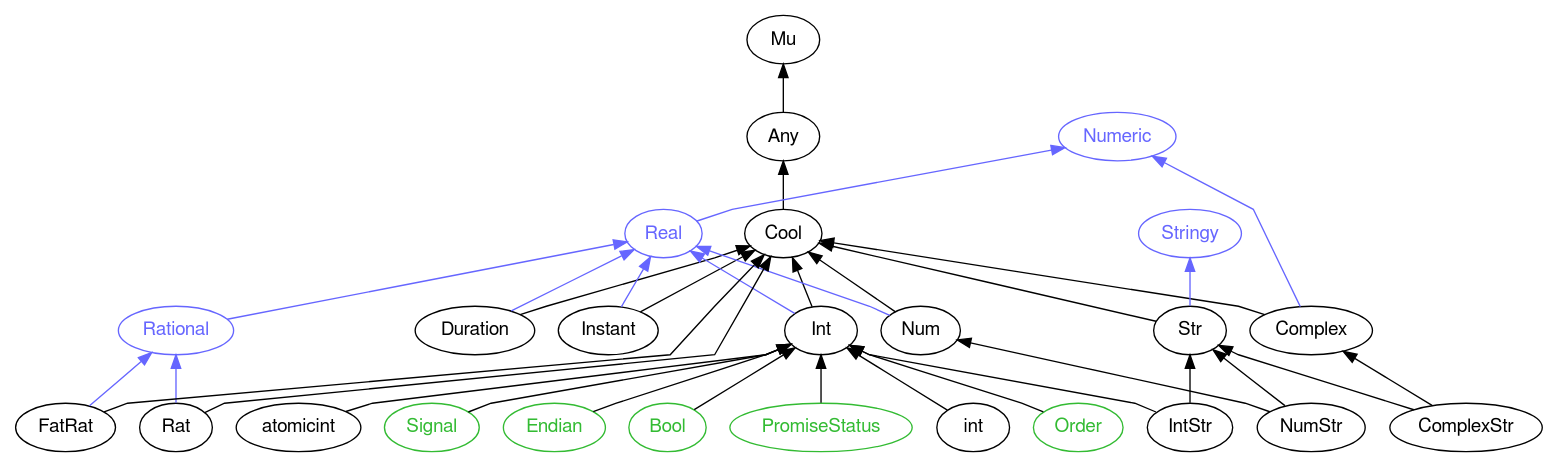
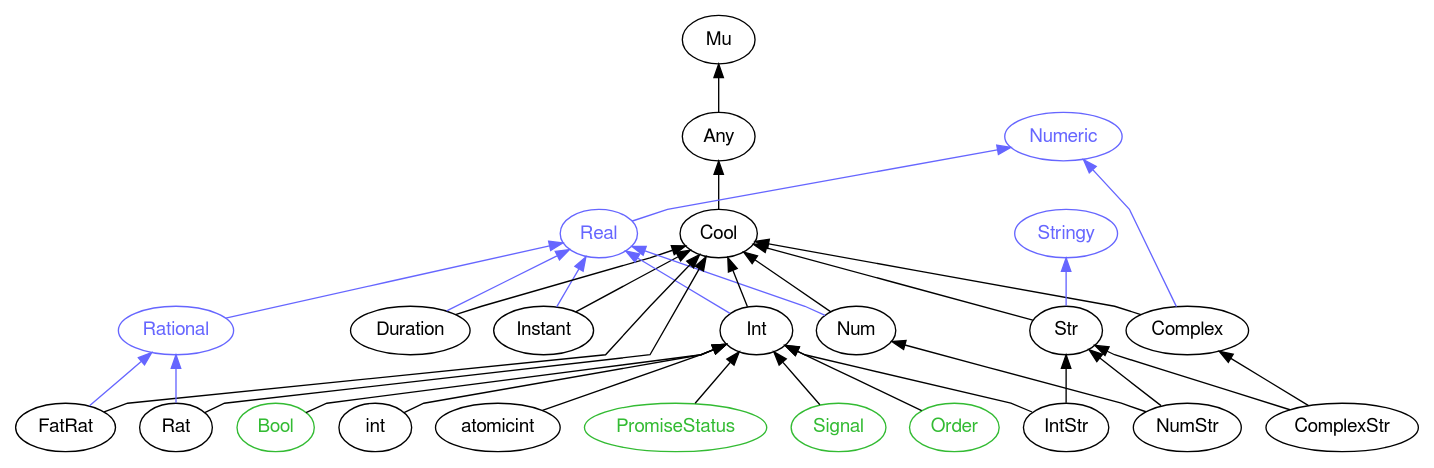
One commit to rakudocs/rakudocs.github.io changed the diagram in images/type-graph-Numeric.svg.dot. Above: the diagram before and after it, drawn with Graphviz. The commit also changed 1130 other files, not shown here.

```diff
--- a/images/type-graph-Numeric.svg.dot
+++ b/images/type-graph-Numeric.svg.dot
@@ -1,68 +1,66 @@
 digraph "perl6-type-graph" {
     rankdir=BT;
     splines=polyline;
     overlap=false; 
     // Types
     "Numeric" [color="#6666FF", fontcolor="#6666FF", href="/type/Numeric", fontname="FreeSans"];
     "Mu" [color="#000000", fontcolor="#000000", href="/type/Mu", fontname="FreeSans"];
     "Any" [color="#000000", fontcolor="#000000", href="/type/Any", fontname="FreeSans"];
     "Cool" [color="#000000", fontcolor="#000000", href="/type/Cool", fontname="FreeSans"];
     "Complex" [color="#000000", fontcolor="#000000", href="/type/Complex", fontname="FreeSans"];
     "Real" [color="#6666FF", fontcolor="#6666FF", href="/type/Real", fontname="FreeSans"];
     "Stringy" [color="#6666FF", fontcolor="#6666FF", href="/type/Stringy", fontname="FreeSans"];
     "Str" [color="#000000", fontcolor="#000000", href="/type/Str", fontname="FreeSans"];
     "ComplexStr" [color="#000000", fontcolor="#000000", href="/type/ComplexStr", fontname="FreeSans"];
+    "Instant" [color="#000000", fontcolor="#000000", href="/type/Instant", fontname="FreeSans"];
     "Duration" [color="#000000", fontcolor="#000000", href="/type/Duration", fontname="FreeSans"];
-    "Instant" [color="#000000", fontcolor="#000000", href="/type/Instant", fontname="FreeSans"];
+    "Num" [color="#000000", fontcolor="#000000", href="/type/Num", fontname="FreeSans"];
+    "Int" [color="#000000", fontcolor="#000000", href="/type/Int", fontname="FreeSans"];
     "Rational" [color="#6666FF", fontcolor="#6666FF", href="/type/Rational", fontname="FreeSans"];
-    "Int" [color="#000000", fontcolor="#000000", href="/type/Int", fontname="FreeSans"];
-    "Num" [color="#000000", fontcolor="#000000", href="/type/Num", fontname="FreeSans"];
+    "NumStr" [color="#000000", fontcolor="#000000", href="/type/NumStr", fontname="FreeSans"];
+    "Bool" [color="#33BB33", fontcolor="#33BB33", href="/type/Bool", fontname="FreeSans"];
     "int" [color="#000000", fontcolor="#000000", href="/type/int", fontname="FreeSans"];
+    "atomicint" [color="#000000", fontcolor="#000000", href="/type/atomicint", fontname="FreeSans"];
+    "PromiseStatus" [color="#33BB33", fontcolor="#33BB33", href="/type/PromiseStatus", fontname="FreeSans"];
+    "IntStr" [color="#000000", fontcolor="#000000", href="/type/IntStr", fontname="FreeSans"];
+    "Signal" [color="#33BB33", fontcolor="#33BB33", href="/type/Signal", fontname="FreeSans"];
     "Order" [color="#33BB33", fontcolor="#33BB33", href="/type/Order", fontname="FreeSans"];
-    "atomicint" [color="#000000", fontcolor="#000000", href="/type/atomicint", fontname="FreeSans"];
-    "Signal" [color="#33BB33", fontcolor="#33BB33", href="/type/Signal", fontname="FreeSans"];
-    "Endian" [color="#33BB33", fontcolor="#33BB33", href="/type/Endian", fontname="FreeSans"];
-    "IntStr" [color="#000000", fontcolor="#000000", href="/type/IntStr", fontname="FreeSans"];
-    "Bool" [color="#33BB33", fontcolor="#33BB33", href="/type/Bool", fontname="FreeSans"];
-    "PromiseStatus" [color="#33BB33", fontcolor="#33BB33", href="/type/PromiseStatus", fontname="FreeSans"];
-    "NumStr" [color="#000000", fontcolor="#000000", href="/type/NumStr", fontname="FreeSans"];
+    "FatRat" [color="#000000", fontcolor="#000000", href="/type/FatRat", fontname="FreeSans"];
     "Rat" [color="#000000", fontcolor="#000000", href="/type/Rat", fontname="FreeSans"];
-    "FatRat" [color="#000000", fontcolor="#000000", href="/type/FatRat", fontname="FreeSans"];
 
     // Superclasses
     "Any" -> "Mu" [color="#000000"];
     "Cool" -> "Any" [color="#000000"];
     "Complex" -> "Cool" [color="#000000"];
     "Str" -> "Cool" [color="#000000"];
     "ComplexStr" -> "Complex" [color="#000000"];
     "ComplexStr" -> "Str" [color="#000000"];
+    "Instant" -> "Cool" [color="#000000"];
     "Duration" -> "Cool" [color="#000000"];
-    "Instant" -> "Cool" [color="#000000"];
+    "Num" -> "Cool" [color="#000000"];
     "Int" -> "Cool" [color="#000000"];
-    "Num" -> "Cool" [color="#000000"];
+    "NumStr" -> "Num" [color="#000000"];
+    "NumStr" -> "Str" [color="#000000"];
+    "Bool" -> "Int" [color="#000000"];
     "int" -> "Int" [color="#000000"];
-    "Order" -> "Int" [color="#000000"];
     "atomicint" -> "Int" [color="#000000"];
-    "Signal" -> "Int" [color="#000000"];
-    "Endian" -> "Int" [color="#000000"];
+    "PromiseStatus" -> "Int" [color="#000000"];
     "IntStr" -> "Int" [color="#000000"];
     "IntStr" -> "Str" [color="#000000"];
-    "Bool" -> "Int" [color="#000000"];
-    "PromiseStatus" -> "Int" [color="#000000"];
-    "NumStr" -> "Num" [color="#000000"];
-    "NumStr" -> "Str" [color="#000000"];
+    "Signal" -> "Int" [color="#000000"];
+    "Order" -> "Int" [color="#000000"];
+    "FatRat" -> "Cool" [color="#000000"];
     "Rat" -> "Cool" [color="#000000"];
-    "FatRat" -> "Cool" [color="#000000"];
 
     // Roles
     "Complex" -> "Numeric" [color="#6666FF"];
     "Real" -> "Numeric" [color="#6666FF"];
     "Str" -> "Stringy" [color="#6666FF"];
+    "Instant" -> "Real" [color="#6666FF"];
     "Duration" -> "Real" [color="#6666FF"];
-    "Instant" -> "Real" [color="#6666FF"];
+    "Num" -> "Real" [color="#6666FF"];
+    "Int" -> "Real" [color="#6666FF"];
     "Rational" -> "Real" [color="#6666FF"];
-    "Int" -> "Real" [color="#6666FF"];
-    "Num" -> "Real" [color="#6666FF"];
+    "FatRat" -> "Rational" [color="#6666FF"];
     "Rat" -> "Rational" [color="#6666FF"];
-    "FatRat" -> "Rational" [color="#6666FF"];
 }
```
